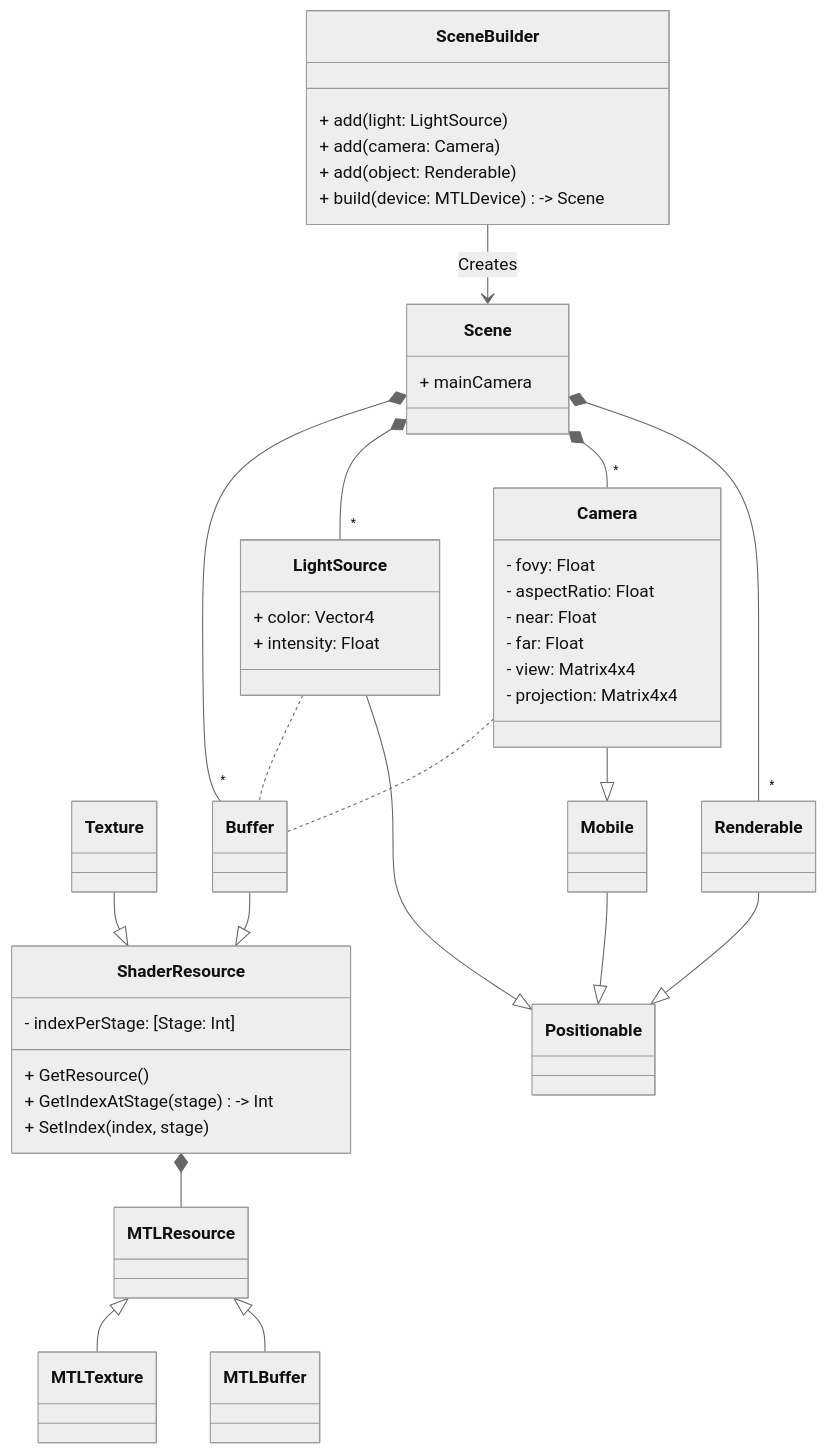
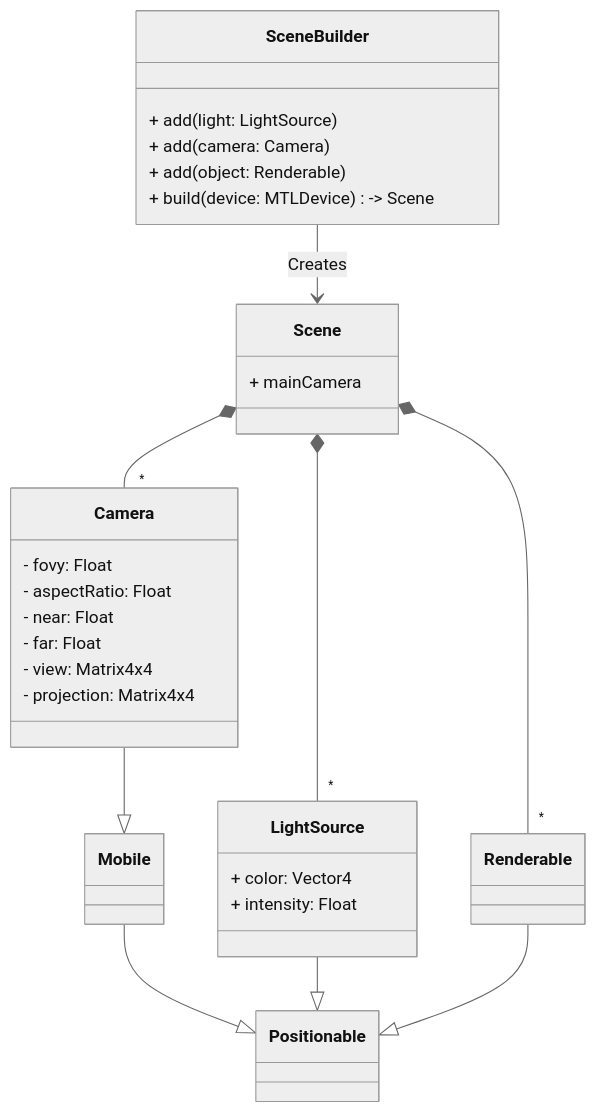
One commit to javiersalcedopuyo/Talos3D changed the diagram in Docs/Scene.md. Above: the diagram before and after it, drawn with Mermaid (neutral theme). The commit also changed other lines of this file and 1 other file, not shown here.

Commit message:
Don't create buffers for Scene and object data
At the moment they are small enough to be bound with
SetVertexBytes/SetFragmentBytes.

````diff
--- a/Docs/Scene.md
+++ b/Docs/Scene.md
@@ -10,56 +11,38 @@
 ```mermaid
 classDiagram
 
 class SceneBuilder{
     + add(light: LightSource)
     + add(camera: Camera)
     + add(object: Renderable)
     + build(device: MTLDevice) -> Scene
 }
 SceneBuilder --> Scene : Creates
 
 Scene: + mainCamera
 
 class Camera{
     - fovy:        Float
     - aspectRatio: Float
     - near:        Float
     - far:         Float
 
     - view:       Matrix4x4
     - projection: Matrix4x4
 }
 
-class ShaderResource{
-    + GetResource()
-    + GetIndexAtStage(stage) -> Int
-    + SetIndex(index, stage)
-    - indexPerStage: [Stage: Int]
-}
-ShaderResource *-- MTLResource
-
-MTLResource <|-- MTLTexture
-MTLResource <|-- MTLBuffer
-
-Texture --|> ShaderResource
-Buffer --|> ShaderResource
-
-Scene *--"*" Buffer
 Scene *--"*" LightSource
 Scene *--"*" Camera
 Scene *--"*" Renderable
-
-LightSource .. Buffer
-Camera .. Buffer
 
 class LightSource{
     + color: Vector4
     + intensity: Float
 }
 
 Camera --|> Mobile
 Mobile --|> Positionable
 LightSource --|> Positionable
 Renderable --|> Positionable
 
 ```
````
